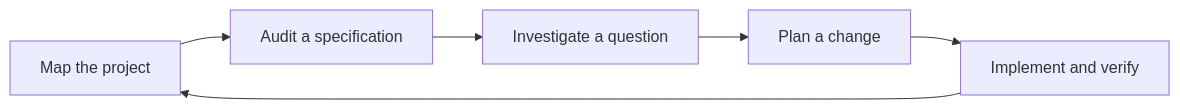
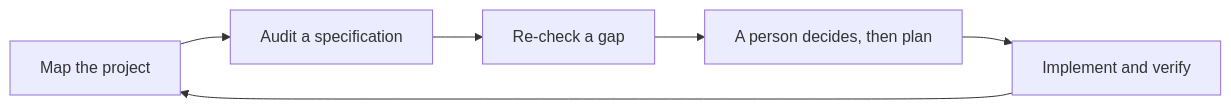
The diagram in README.md (WorldStoryCm/project-spec-skills), drawn with Mermaid before and after one commit. The commit also changed other lines of this file and 47 other files, not shown here.

````diff
--- a/README.md
+++ b/README.md
@@ -20,8 +25,8 @@
 ```mermaid
 flowchart LR
   A[Map the project] --> B[Audit a specification]
-  B --> C[Investigate a question]
-  C --> D[Plan a change]
+  B --> C[Re-check a gap]
+  C --> D[A person decides, then plan]
   D --> E[Implement and verify]
   E --> A
 ```
````
